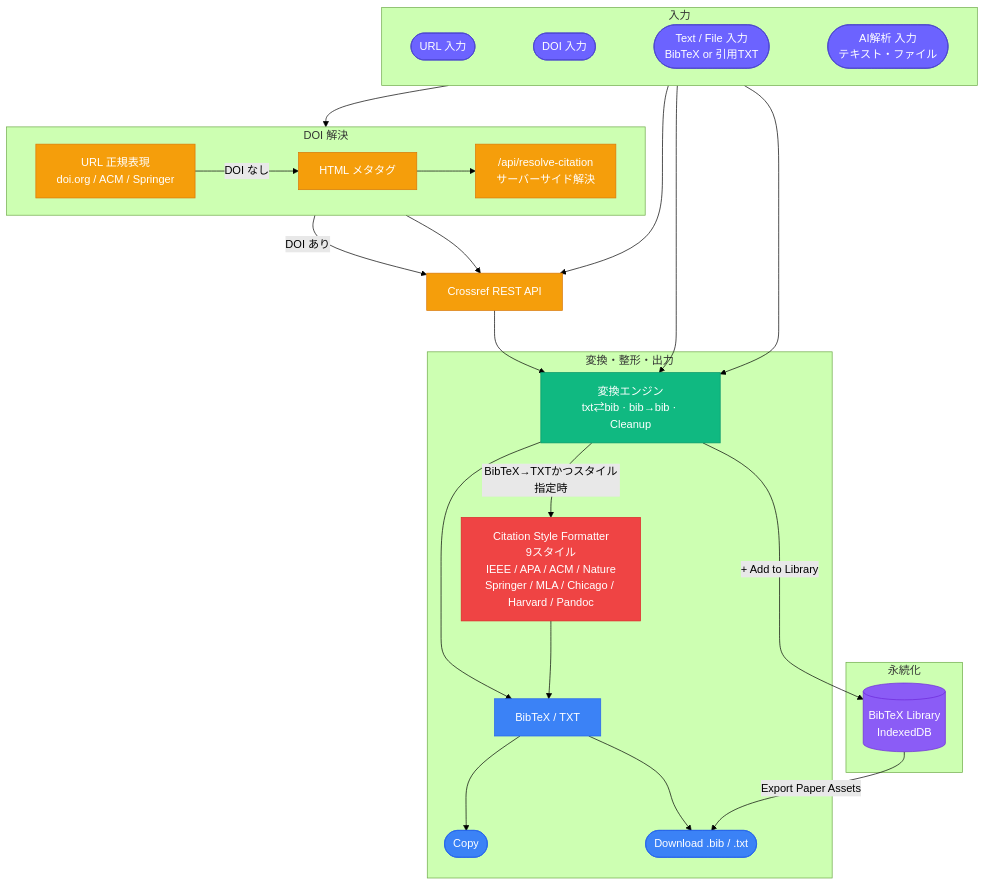
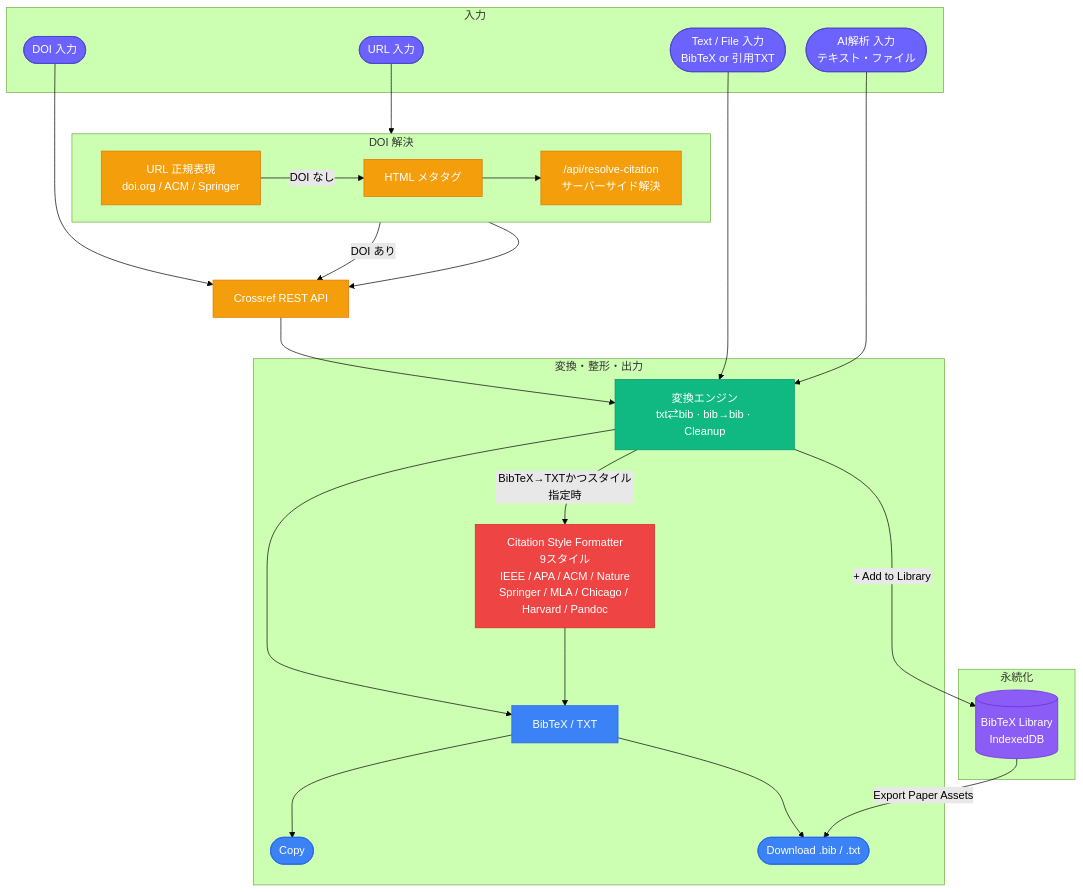
One commit to Axe0320/latex-research-toolkit changed the first of 3 diagrams in docs/architecture/citation.md. Above: the diagram before and after it, drawn with Mermaid (forest theme). The commit also changed 1 other file, not shown here.

Commit message:
docs(architecture): let citation INPUTS layout follow real edges; align figure-convert data model style
Removing the forced direction LR + invisible-edge row on citation's
INPUTS box lets each input node land above its actual downstream
target instead of an artificial equal-spaced order, so every arrow
traces cleanly from its own node instead of bunching near the box
border.

figure-convert's data model now uses classDiagram (FigureFileItem +
FigureItemStatus enum) to match the other 3 modules instead of being
the only stateDiagram-v2.

````diff
--- a/docs/architecture/citation.md
+++ b/docs/architecture/citation.md
@@ -15,56 +15,54 @@
 ```mermaid
 %%{init: {'flowchart': {'nodeSpacing': 30, 'rankSpacing': 60}}}%%
 flowchart TD
     classDef input  fill:#6C63FF,color:#fff,stroke:#4a44cc
     classDef api    fill:#F59E0B,color:#fff,stroke:#D97706
     classDef parse  fill:#10B981,color:#fff,stroke:#059669
     classDef format fill:#EF4444,color:#fff,stroke:#DC2626
     classDef out    fill:#3B82F6,color:#fff,stroke:#2563EB
     classDef store  fill:#8B5CF6,color:#fff,stroke:#6D28D9
 
     subgraph INPUTS["入力"]
-        direction LR
         U(["URL 入力"]):::input
         D(["DOI 入力"]):::input
         T(["Text / File 入力<br/>BibTeX or 引用TXT"]):::input
         AI(["AI解析 入力<br/>テキスト・ファイル"]):::input
-        U ~~~ D ~~~ T ~~~ AI
     end
 
     subgraph RESOLVE["DOI 解決"]
         direction LR
         RX["URL 正規表現<br/>doi.org / ACM / Springer"]:::api
         META[HTML メタタグ]:::api
         PROXY["/api/resolve-citation<br/>サーバーサイド解決"]:::api
         RX -->|"DOI なし"| META --> PROXY
     end
 
     CR[Crossref REST API]:::api
 
     subgraph PROC["変換・整形・出力"]
         CV["変換エンジン<br/>txt⇄bib · bib→bib · Cleanup"]:::parse
         SF["Citation Style Formatter<br/>9スタイル<br/>IEEE / APA / ACM / Nature<br/>Springer / MLA / Chicago / Harvard / Pandoc"]:::format
         OP[BibTeX / TXT]:::out
         CP([Copy]):::out
         DL([Download .bib / .txt]):::out
         CV -->|"BibTeX→TXTかつスタイル指定時"| SF
         CV --> OP
         SF --> OP
         OP --> CP
         OP --> DL
     end
 
     subgraph STORE["永続化"]
         LIB[("BibTeX Library<br/>IndexedDB")]:::store
     end
 
     U --> RX
     D --> CR
     RX -->|"DOI あり"| CR
     PROXY --> CR
     CR --> CV
     T --> CV
     AI --> CV
     CV -->|"+ Add to Library"| LIB
     LIB -->|"Export Paper Assets"| DL
 ```
````
